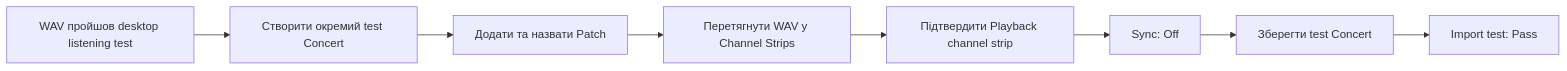
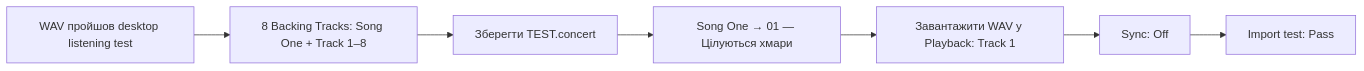
One commit to andmev/Concert changed the diagram in docs/13-mainstage-concert-foundation.md. Above: the diagram before and after it, drawn with Mermaid. The commit also changed other lines of this file and 1 other file, not shown here.

````diff
--- a/docs/13-mainstage-concert-foundation.md
+++ b/docs/13-mainstage-concert-foundation.md
@@ -32,10 +32,9 @@
 ```mermaid
 flowchart LR
-    File["WAV пройшов desktop listening test"] --> Concert["Створити окремий test Concert"]
-    Concert --> Patch["Додати та назвати Patch"]
-    Patch --> Drag["Перетягнути WAV у Channel Strips"]
-    Drag --> Playback["Підтвердити Playback channel strip"]
-    Playback --> Sync["Sync: Off"]
-    Sync --> Save["Зберегти test Concert"]
-    Save --> ImportPass["Import test: Pass"]
+    File["WAV пройшов desktop listening test"] --> Template["8 Backing Tracks: Song One + Track 1–8"]
+    Template --> Save["Зберегти TEST.concert"]
+    Save --> Rename["Song One → 01 — Цілуються хмари"]
+    Rename --> Load["Завантажити WAV у Playback: Track 1"]
+    Load --> Sync["Sync: Off"]
+    Sync --> ImportPass["Import test: Pass"]
 ```
````
